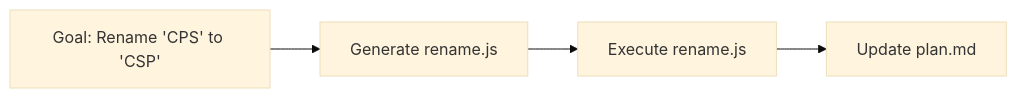
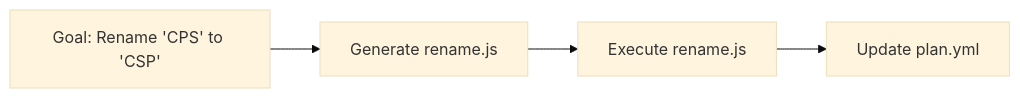
Before and after one commit to 010101mostafa/Waves-Compiler: the fourth of 8 diagrams in README.md, drawn with Mermaid (base theme). The commit also changed other lines of this file, not shown here.

Commit message:
Rename plan.md to plan.yml in documentation

````diff
--- a/README.md
+++ b/README.md
@@ -223,6 +225,6 @@
 ```mermaid
 flowchart LR
     A[Goal: Rename 'CPS' to 'CSP'] --> B[Generate rename.js]
     B --> C[Execute rename.js]
-    C --> D[Update plan.md]
+    C --> D[Update plan.yml]
 ```
````
